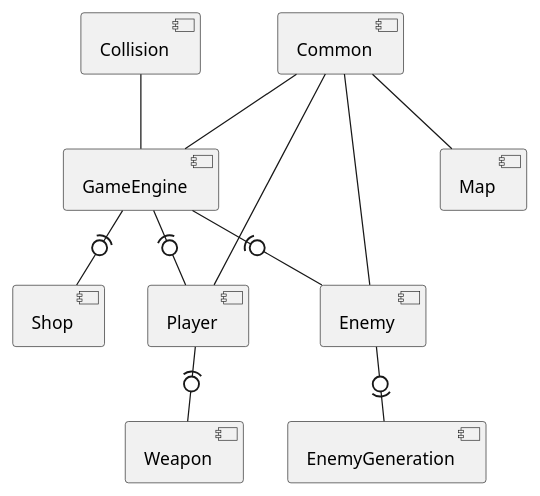
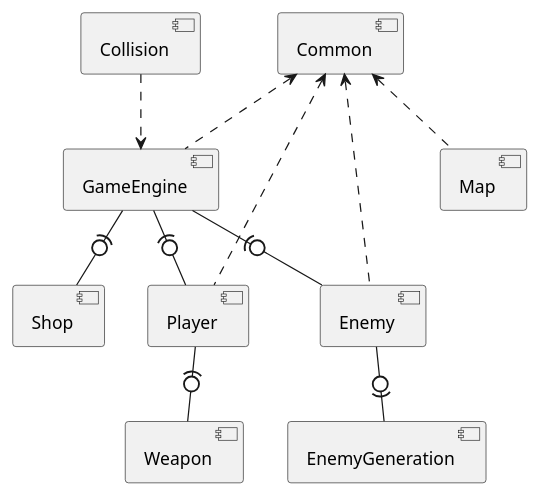
One commit to joachimhviid/BoatToEngland changed the diagram in wiki/ComponentDiagram.puml. Above: the diagram before and after it, drawn with PlantUML.

Commit message:
Correction of arrows

```diff
--- a/wiki/ComponentDiagram.puml
+++ b/wiki/ComponentDiagram.puml
@@ -1,28 +1,28 @@
 @startuml
 'https://plantuml.com/component-diagram
 
 [Player]
 [Enemy]
 [EnemyGeneration]
 [GameEngine]
 [Map]
 [Collision]
 [Weapon]
 [Shop]
 [Common]
 
 
-[Collision] -- [GameEngine]
+[Collision] ..> [GameEngine]
 [Player] -(0- [Weapon]
-[Common] -- [Player]
-[Common] -- [Enemy]
-[Common] -- [Map]
+[Common] <.. [Player]
+[Common] <.. [Enemy]
+[Common] <.. [Map]
 [GameEngine] -(0- [Shop]
-[Common] -- [GameEngine]
+[Common] <.. [GameEngine]
 [Enemy] -0)- [EnemyGeneration]
 [GameEngine] -(0- [Enemy]
 [GameEngine] -(0- [Player]
 /'note bottom of [EnemyGeneration]: Which one eats which
 note right of [Common]: Are the lolipop notaions pointing the right way? \n
 '/
 @enduml
```
